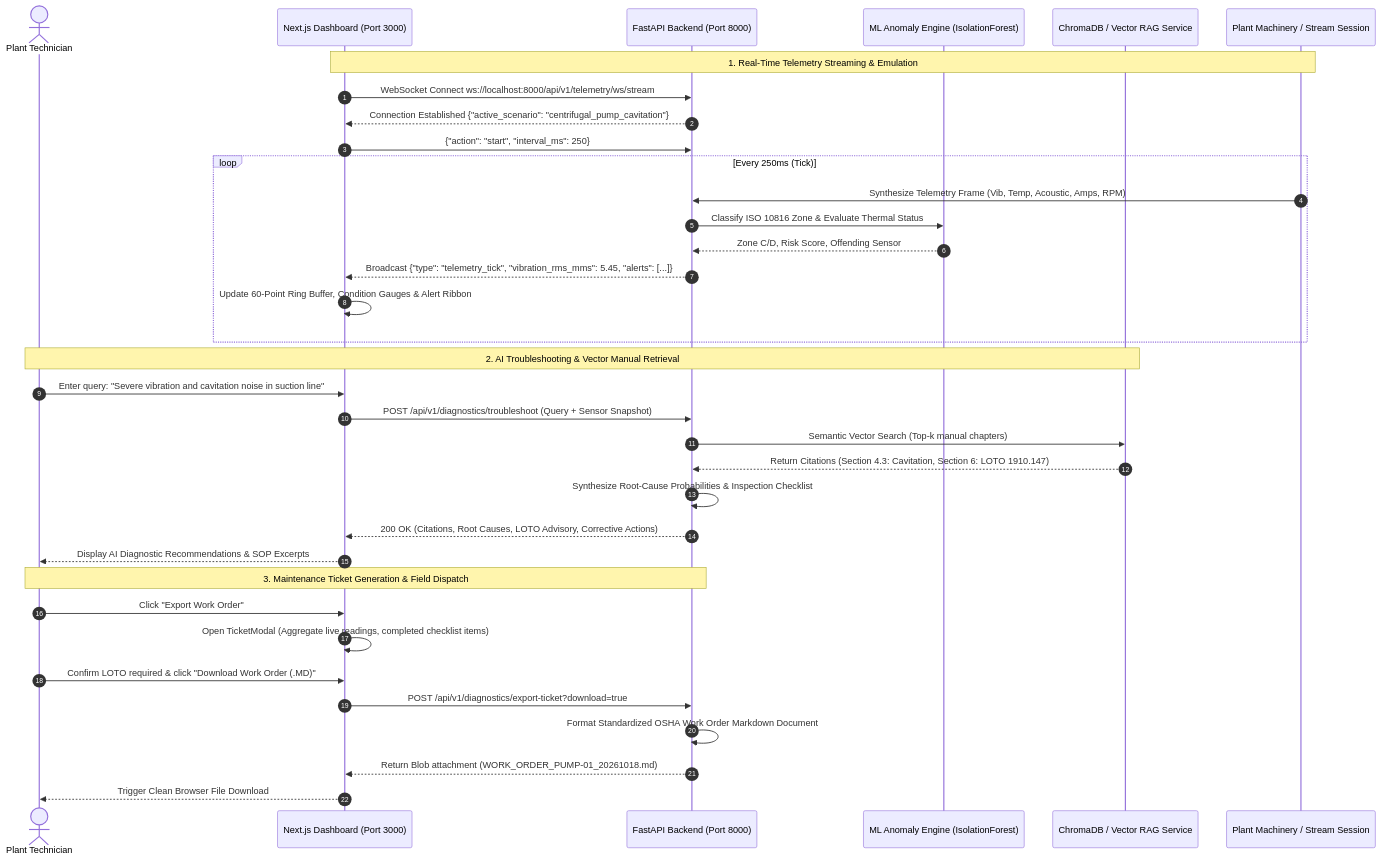
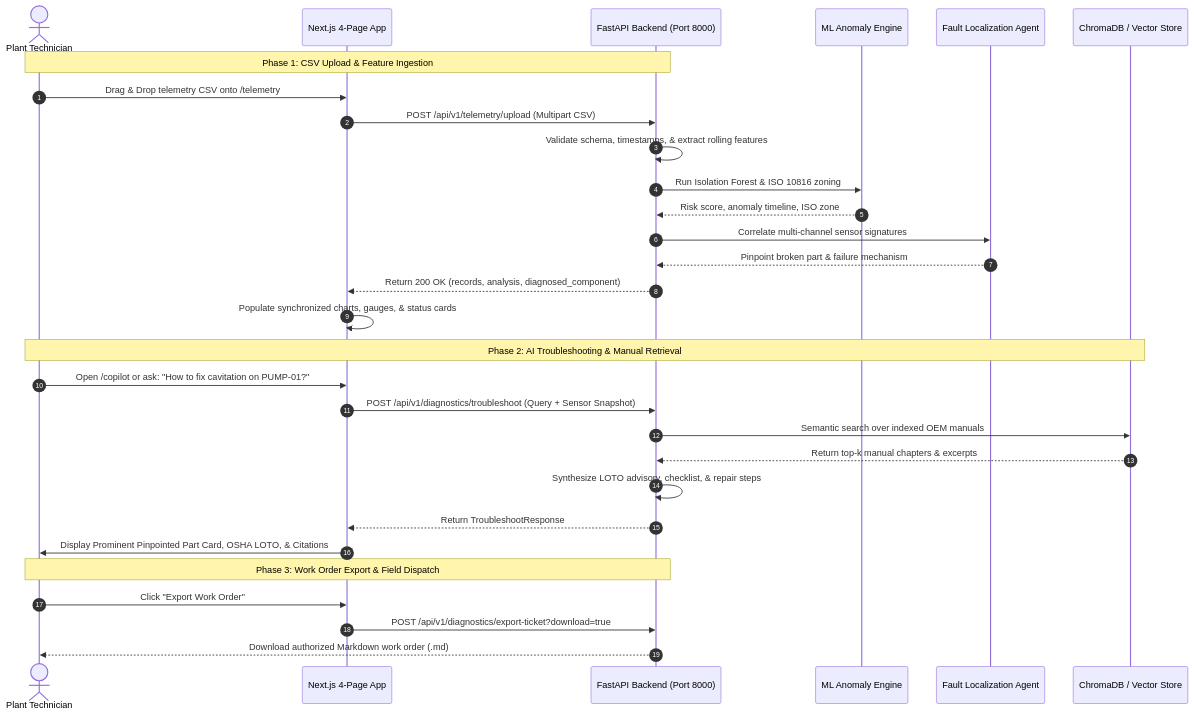
One commit to Shobhit-S-Baghel/Factorypilot changed the second of 2 diagrams in docs/ARCHITECTURE.md. Above: the diagram before and after it, drawn with Mermaid. The commit also changed other lines of this file and 1 other file, not shown here.

Commit message:
docs(arch): document 5-agent pipeline, machinery domain guides, and data workflows

````diff
--- a/docs/ARCHITECTURE.md
+++ b/docs/ARCHITECTURE.md
@@ -118,43 +170,38 @@
 ```mermaid
 sequenceDiagram
     autonumber
-    actor Technician as Plant Technician
-    participant Web as Next.js Dashboard (Port 3000)
+    actor Tech as Plant Technician
+    participant Web as Next.js 4-Page App
     participant API as FastAPI Backend (Port 8000)
-    participant ML as ML Anomaly Engine (IsolationForest)
-    participant RAG as ChromaDB / Vector RAG Service
-    participant Machinery as Plant Machinery / Stream Session
+    participant ML as ML Anomaly Engine
+    participant Loc as Fault Localization Agent
+    participant RAG as ChromaDB / Vector Store
 
-    %% Phase 1: Real-Time Telemetry Stream
-    Note over Web,Machinery: 1. Real-Time Telemetry Streaming & Emulation
-    Web->>API: WebSocket Connect ws://localhost:8000/api/v1/telemetry/ws/stream
-    API-->>Web: Connection Established {"active_scenario": "centrifugal_pump_cavitation"}
-    Web->>API: {"action": "start", "interval_ms": 250}
-    loop Every 250ms (Tick)
-        Machinery->>API: Synthesize Telemetry Frame (Vib, Temp, Acoustic, Amps, RPM)
-        API->>ML: Classify ISO 10816 Zone & Evaluate Thermal Status
-        ML-->>API: Zone C/D, Risk Score, Offending Sensor
-        API-->>Web: Broadcast {"type": "telemetry_tick", "vibration_rms_mms": 5.45, "alerts": [...]}
-        Web->>Web: Update 60-Point Ring Buffer, Condition Gauges & Alert Ribbon
-    end
+    %% Ingestion
+    Note over Tech,API: Phase 1: CSV Upload & Feature Ingestion
+    Tech->>Web: Drag & Drop telemetry CSV onto /telemetry
+    Web->>API: POST /api/v1/telemetry/upload (Multipart CSV)
+    API->>API: Validate schema, timestamps, & extract rolling features
+    API->>ML: Run Isolation Forest & ISO 10816 zoning
+    ML-->>API: Risk score, anomaly timeline, ISO zone
+    API->>Loc: Correlate multi-channel sensor signatures
+    Loc-->>API: Pinpoint broken part & failure mechanism
+    API-->>Web: Return 200 OK (records, analysis, diagnosed_component)
+    Web->>Web: Populate synchronized charts, gauges, & status cards
 
-    %% Phase 2: Diagnostic Query & Vector RAG
-    Note over Technician,RAG: 2. AI Troubleshooting & Vector Manual Retrieval
-    Technician->>Web: Enter query: "Severe vibration and cavitation noise in suction line"
+    %% Copilot
+    Note over Tech,RAG: Phase 2: AI Troubleshooting & Manual Retrieval
+    Tech->>Web: Open /copilot or ask: "How to fix cavitation on PUMP-01?"
     Web->>API: POST /api/v1/diagnostics/troubleshoot (Query + Sensor Snapshot)
-    API->>RAG: Semantic Vector Search (Top-k manual chapters)
-    RAG-->>API: Return Citations (Section 4.3: Cavitation, Section 6: LOTO 1910.147)
-    API->>API: Synthesize Root-Cause Probabilities & Inspection Checklist
-    API-->>Web: 200 OK (Citations, Root Causes, LOTO Advisory, Corrective Actions)
-    Web-->>Technician: Display AI Diagnostic Recommendations & SOP Excerpts
+    API->>RAG: Semantic search over indexed OEM manuals
+    RAG-->>API: Return top-k manual chapters & excerpts
+    API->>API: Synthesize LOTO advisory, checklist, & repair steps
+    API-->>Web: Return TroubleshootResponse
+    Web->>Tech: Display Prominent Pinpointed Part Card, OSHA LOTO, & Citations
 
-    %% Phase 3: Work Order Ticket Generation
-    Note over Technician,API: 3. Maintenance Ticket Generation & Field Dispatch
-    Technician->>Web: Click "Export Work Order"
-    Web->>Web: Open TicketModal (Aggregate live readings, completed checklist items)
-    Technician->>Web: Confirm LOTO required & click "Download Work Order (.MD)"
+    %% Export
+    Note over Tech,API: Phase 3: Work Order Export & Field Dispatch
+    Tech->>Web: Click "Export Work Order"
     Web->>API: POST /api/v1/diagnostics/export-ticket?download=true
-    API->>API: Format Standardized OSHA Work Order Markdown Document
-    API-->>Web: Return Blob attachment (WORK_ORDER_PUMP-01_20261018.md)
-    Web-->>Technician: Trigger Clean Browser File Download
+    API-->>Tech: Download authorized Markdown work order (.md)
 ```
````
